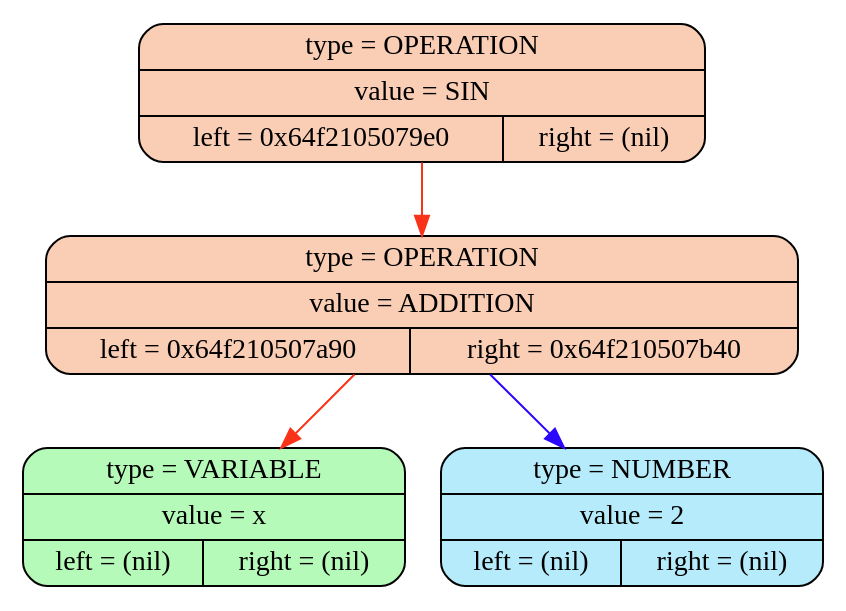
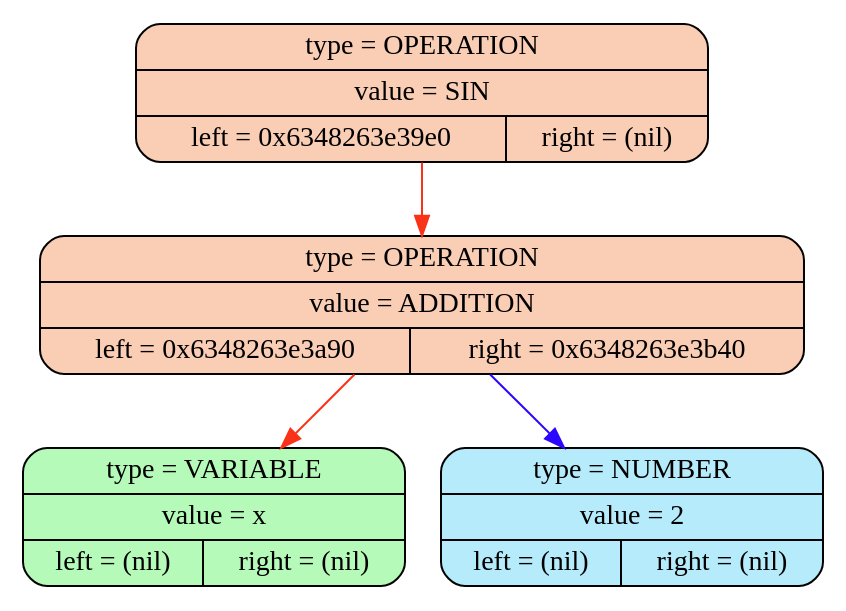
The diagram in differentiator/dot_files/expression.dot (DianaNikitina/diff), drawn with Graphviz before and after one commit. The commit also changed 4 other files, not shown here.

```diff
--- a/differentiator/dot_files/expression.dot
+++ b/differentiator/dot_files/expression.dot
@@ -1,10 +1,10 @@
 digraph structs {
 rankdir=TB;
-110990818572592 [shape=Mrecord; style = filled; fillcolor = "#facdb5ff"; color = "#030303ff"; label="{type = OPERATION | value = SIN | {left = 0x64f2105079e0 | right = (nil)}}";]
-110990818572768 [shape=Mrecord; style = filled; fillcolor = "#facdb5ff"; color = "#030303ff"; label="{type = OPERATION | value = ADDITION | {left = 0x64f210507a90 | right = 0x64f210507b40}}";]
-110990818572944 [shape=Mrecord; style = filled; fillcolor = "#b5fab8ff"; color = "#030303ff"; label="{type = VARIABLE | value = x | {left = (nil) | right = (nil)}}";]
-110990818573120 [shape=Mrecord; style = filled; fillcolor = "#b5ebfaff"; color = "#030303ff"; label="{type = NUMBER | value = 2 | {left = (nil) | right = (nil)}}";]
-110990818572592->110990818572768[color = "#f93319ff"]
-110990818572768->110990818572944[color = "#f93319ff"]
-110990818572768->110990818573120[color = "#2c07fdff"]
+109161530407216 [shape=Mrecord; style = filled; fillcolor = "#facdb5ff"; color = "#030303ff"; label="{type = OPERATION | value = SIN | {left = 0x6348263e39e0 | right = (nil)}}";]
+109161530407392 [shape=Mrecord; style = filled; fillcolor = "#facdb5ff"; color = "#030303ff"; label="{type = OPERATION | value = ADDITION | {left = 0x6348263e3a90 | right = 0x6348263e3b40}}";]
+109161530407568 [shape=Mrecord; style = filled; fillcolor = "#b5fab8ff"; color = "#030303ff"; label="{type = VARIABLE | value = x | {left = (nil) | right = (nil)}}";]
+109161530407744 [shape=Mrecord; style = filled; fillcolor = "#b5ebfaff"; color = "#030303ff"; label="{type = NUMBER | value = 2 | {left = (nil) | right = (nil)}}";]
+109161530407216->109161530407392[color = "#f93319ff"]
+109161530407392->109161530407568[color = "#f93319ff"]
+109161530407392->109161530407744[color = "#2c07fdff"]
 }
```
